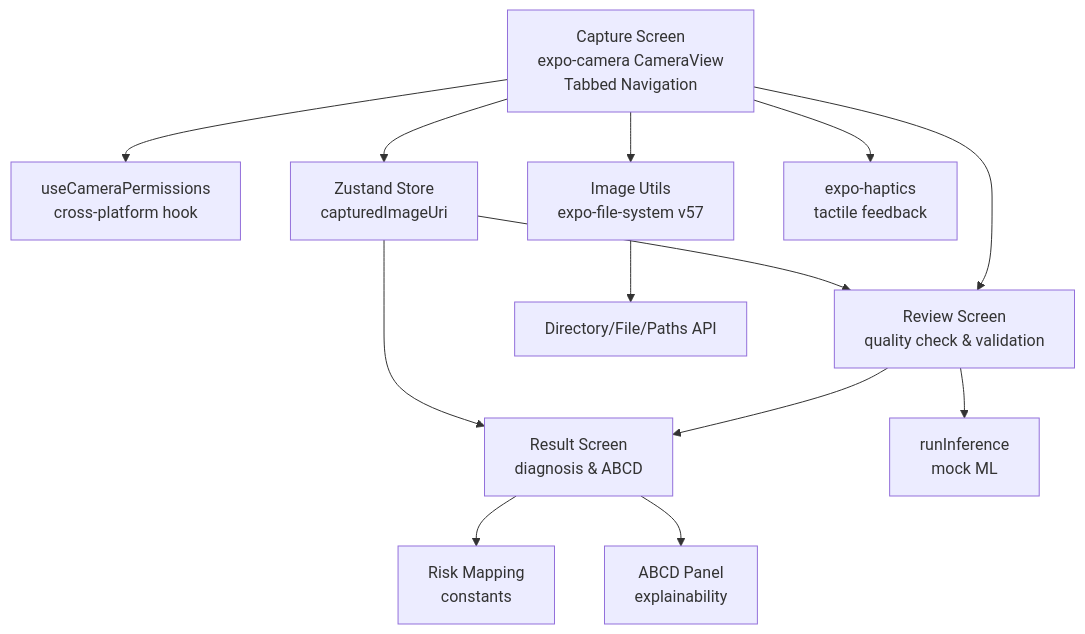
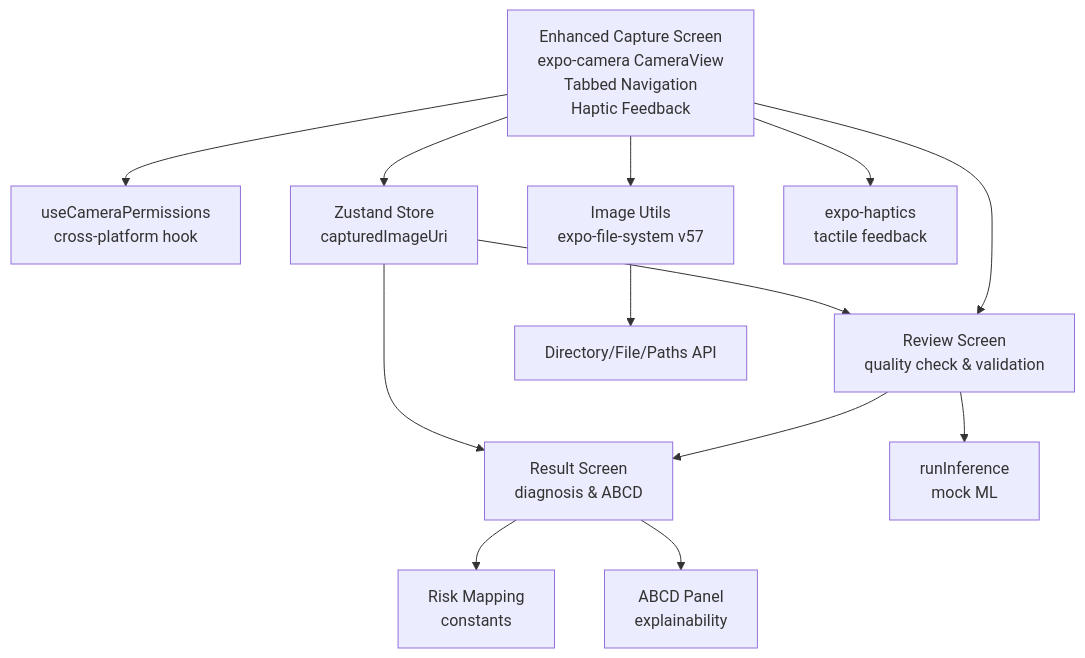
Before and after one commit to AdeelTahir-SE/DermSight: the first of 9 diagrams in .qoder/repowiki/en/content/Camera Integration.md, drawn with Mermaid. The commit also changed other lines of this file and 37 other files, not shown here.

````diff
--- a/.qoder/repowiki/en/content/Camera Integration.md
+++ b/.qoder/repowiki/en/content/Camera Integration.md
@@ -53,15 +53,15 @@
 ```mermaid
 graph TB
-Capture["Capture Screen<br/>expo-camera CameraView<br/>Tabbed Navigation"] --> Review["Review Screen<br/>quality check & validation"]
+Capture["Enhanced Capture Screen<br/>expo-camera CameraView<br/>Tabbed Navigation<br/>Haptic Feedback"] --> Review["Review Screen<br/>quality check & validation"]
 Review --> Result["Result Screen<br/>diagnosis & ABCD"]
 Capture --> Permissions["useCameraPermissions<br/>cross-platform hook"]
 Review --> Inference["runInference<br/>mock ML"]
 Capture --> Images["Image Utils<br/>expo-file-system v57"]
 Result --> Risk["Risk Mapping<br/>constants"]
 Result --> ABCD["ABCD Panel<br/>explainability"]
 Images --> FileSystem["Directory/File/Paths API"]
 Capture --> Store["Zustand Store<br/>capturedImageUri"]
 Store --> Review
 Store --> Result
 Capture --> Haptics["expo-haptics<br/>tactile feedback"]
 ```
````
